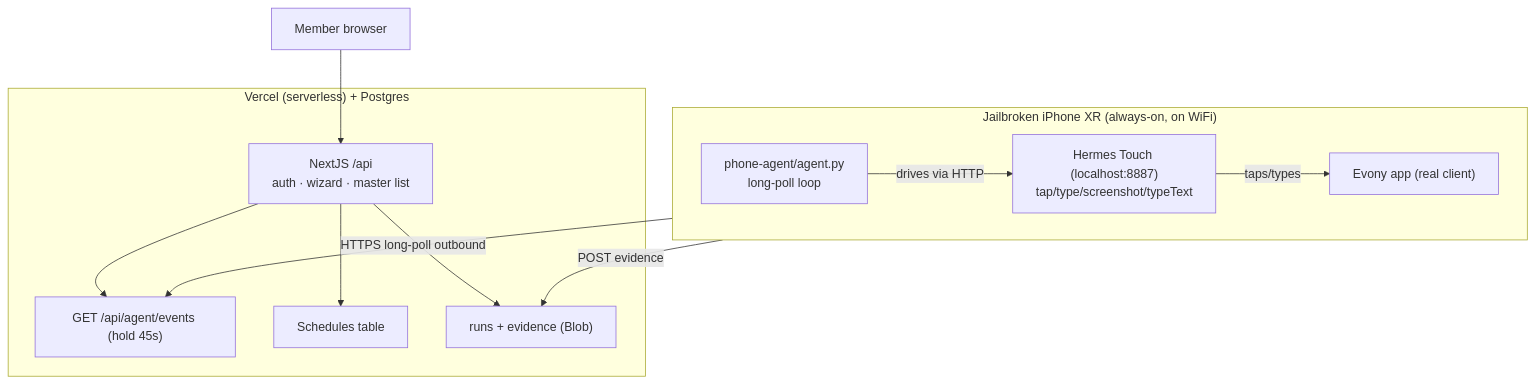
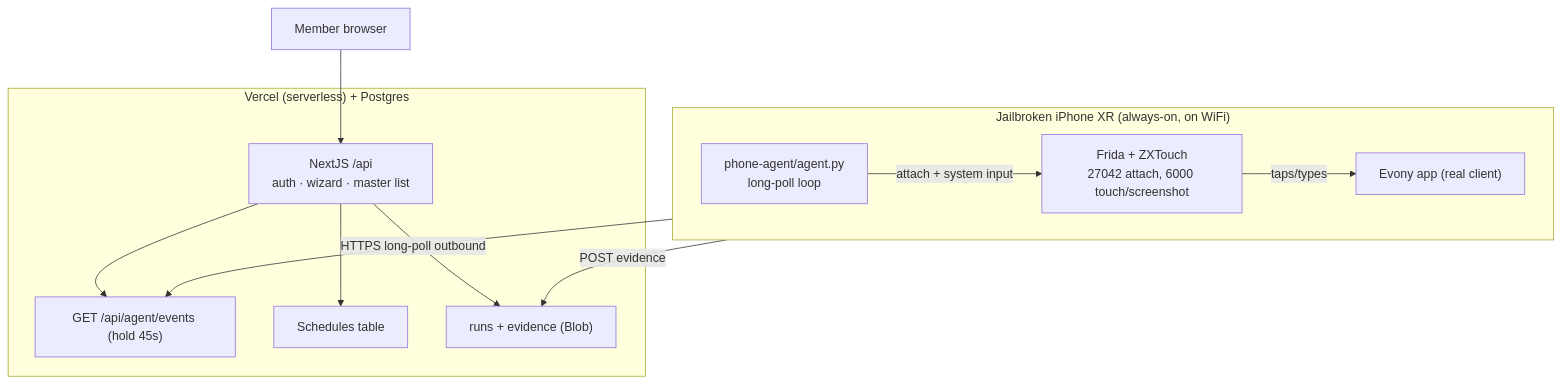
One commit to nick-kuhle/bubbler changed the diagram in docs/02-architecture.md. Above: the diagram before and after it, drawn with Mermaid. The commit also changed other lines of this file and 40 other files, not shown here.

````diff
--- a/docs/02-architecture.md
+++ b/docs/02-architecture.md
@@ -1,24 +1,24 @@
 ```mermaid
 graph TD
     subgraph PHONE["Jailbroken iPhone XR (always-on, on WiFi)"]
         AGENT["phone-agent/agent.py<br/>long-poll loop"]
-        EVON["Hermes Touch (localhost:8887)<br/>tap/type/screenshot/typeText"]
+        EVON["Frida + ZXTouch<br/>27042 attach, 6000 touch/screenshot"]
         APP["Evony app (real client)"]
-        AGENT -->|drives via HTTP| EVON
+        AGENT -->|attach + system input| EVON
         EVON -->|taps/types| APP
     end
 
     subgraph CLOUD["Vercel (serverless) + Postgres"]
         API["NextJS /api<br/>auth · wizard · master list"]
         LONGPOLL["GET /api/agent/events (hold 45s)"]
         SCHED["Schedules table"]
         RUNS["runs + evidence (Blob)"]
         API --> LONGPOLL
         API --> SCHED
         API --> RUNS
     end
 
     PHONE -- HTTPS long-poll outbound --> LONGPOLL
     PHONE -- POST evidence --> RUNS
     USER["Member browser"] --> API
 ```
````
